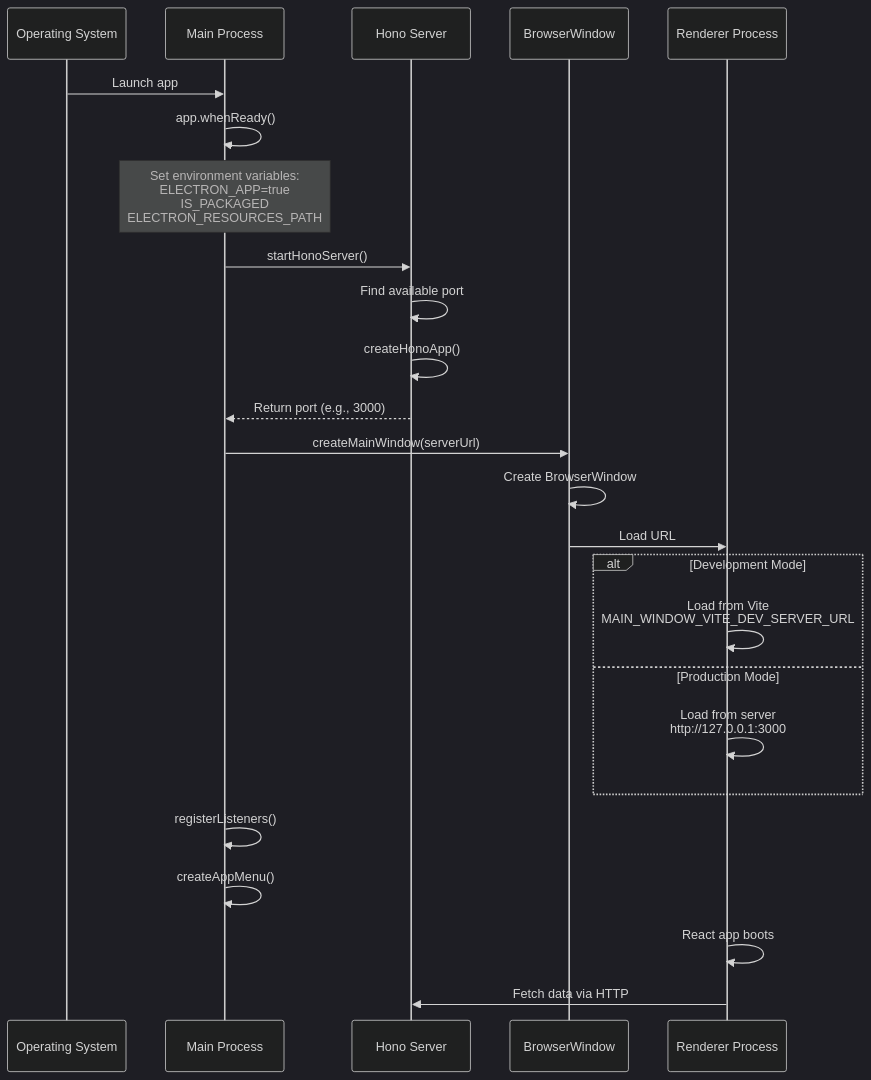
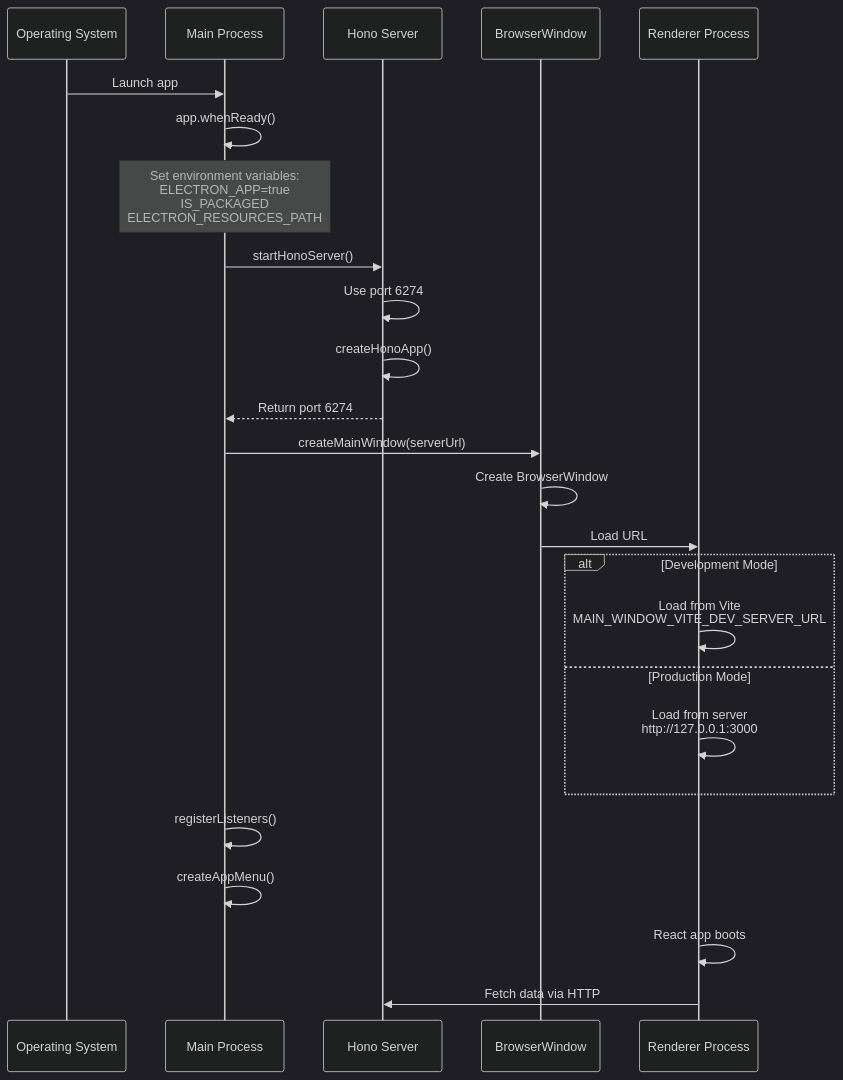
One commit to MCPJam/inspector changed the sixth of 17 diagrams in docs/contributing/system-architecture.mdx. Above: the diagram before and after it, drawn with Mermaid (dark theme).

````diff
--- a/docs/contributing/system-architecture.mdx
+++ b/docs/contributing/system-architecture.mdx
@@ -344,34 +344,34 @@
 ```mermaid
 sequenceDiagram
     participant OS as Operating System
     participant Main as Main Process
     participant Server as Hono Server
     participant Window as BrowserWindow
     participant Renderer as Renderer Process
 
     OS->>Main: Launch app
     Main->>Main: app.whenReady()
 
     Note over Main: Set environment variables:<br/>ELECTRON_APP=true<br/>IS_PACKAGED<br/>ELECTRON_RESOURCES_PATH
 
     Main->>Server: startHonoServer()
-    Server->>Server: Find available port
+    Server->>Server: Use port 6274
     Server->>Server: createHonoApp()
-    Server-->>Main: Return port (e.g., 3000)
+    Server-->>Main: Return port 6274
 
     Main->>Window: createMainWindow(serverUrl)
     Window->>Window: Create BrowserWindow
     Window->>Renderer: Load URL
 
     alt Development Mode
         Renderer->>Renderer: Load from Vite<br/>MAIN_WINDOW_VITE_DEV_SERVER_URL
     else Production Mode
         Renderer->>Renderer: Load from server<br/>http://127.0.0.1:3000
     end
 
     Main->>Main: registerListeners()
     Main->>Main: createAppMenu()
 
     Renderer->>Renderer: React app boots
     Renderer->>Server: Fetch data via HTTP
 ```
````
